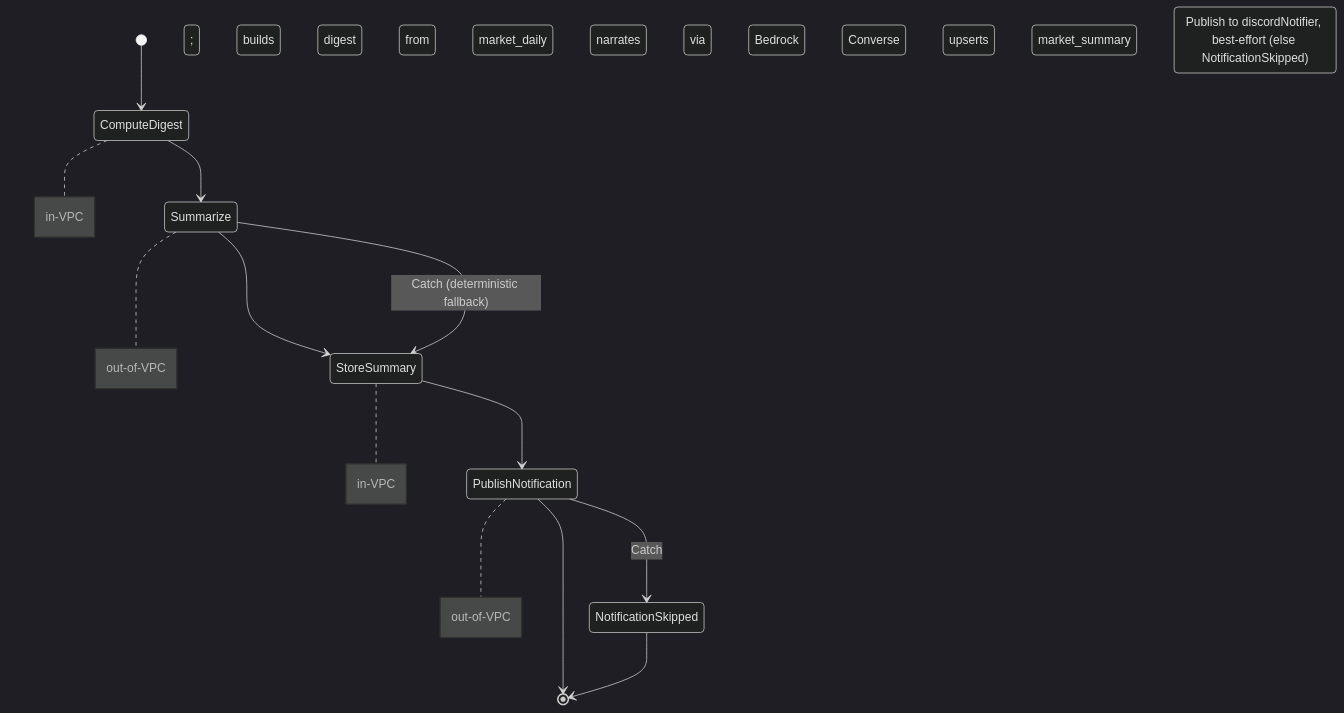
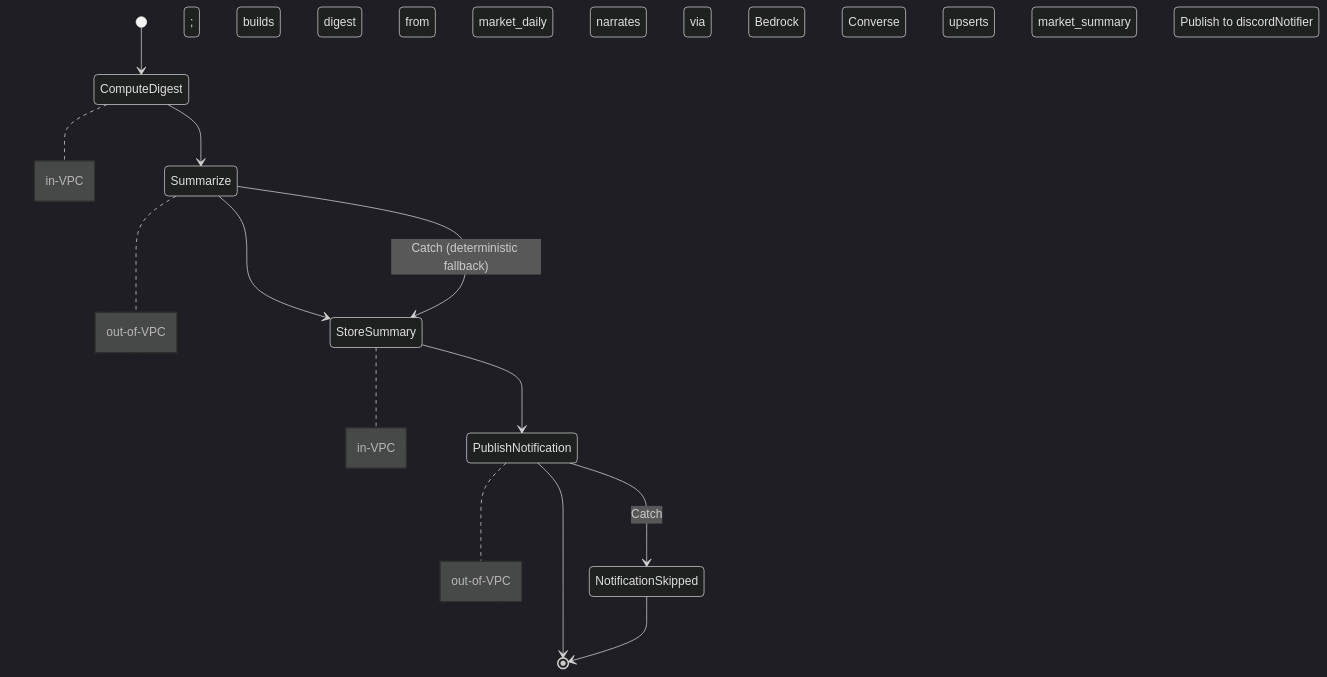
The third of 3 diagrams in docs/architecture.md (RyanYCT/bdo-market-insights), drawn with Mermaid (dark theme) before and after one commit.

Commit message:
docs: trim PublishNotification note to action only (drop chart-repeated catch)

````diff
--- a/docs/architecture.md
+++ b/docs/architecture.md
@@ -87,16 +87,16 @@
 ```mermaid
 stateDiagram-v2
     [*] --> ComputeDigest
     ComputeDigest --> Summarize
     Summarize --> StoreSummary
     Summarize --> StoreSummary : Catch (deterministic fallback)
     StoreSummary --> PublishNotification
     PublishNotification --> [*]
     PublishNotification --> NotificationSkipped : Catch
     NotificationSkipped --> [*]
 
     note right of ComputeDigest : in-VPC; builds digest from market_daily
     note right of Summarize : out-of-VPC; narrates via Bedrock Converse
     note right of StoreSummary : in-VPC; upserts market_summary
-    note right of PublishNotification : out-of-VPC; SNS:Publish to discordNotifier, best-effort (else NotificationSkipped)
+    note right of PublishNotification : out-of-VPC; SNS:Publish to discordNotifier
 ```
````
